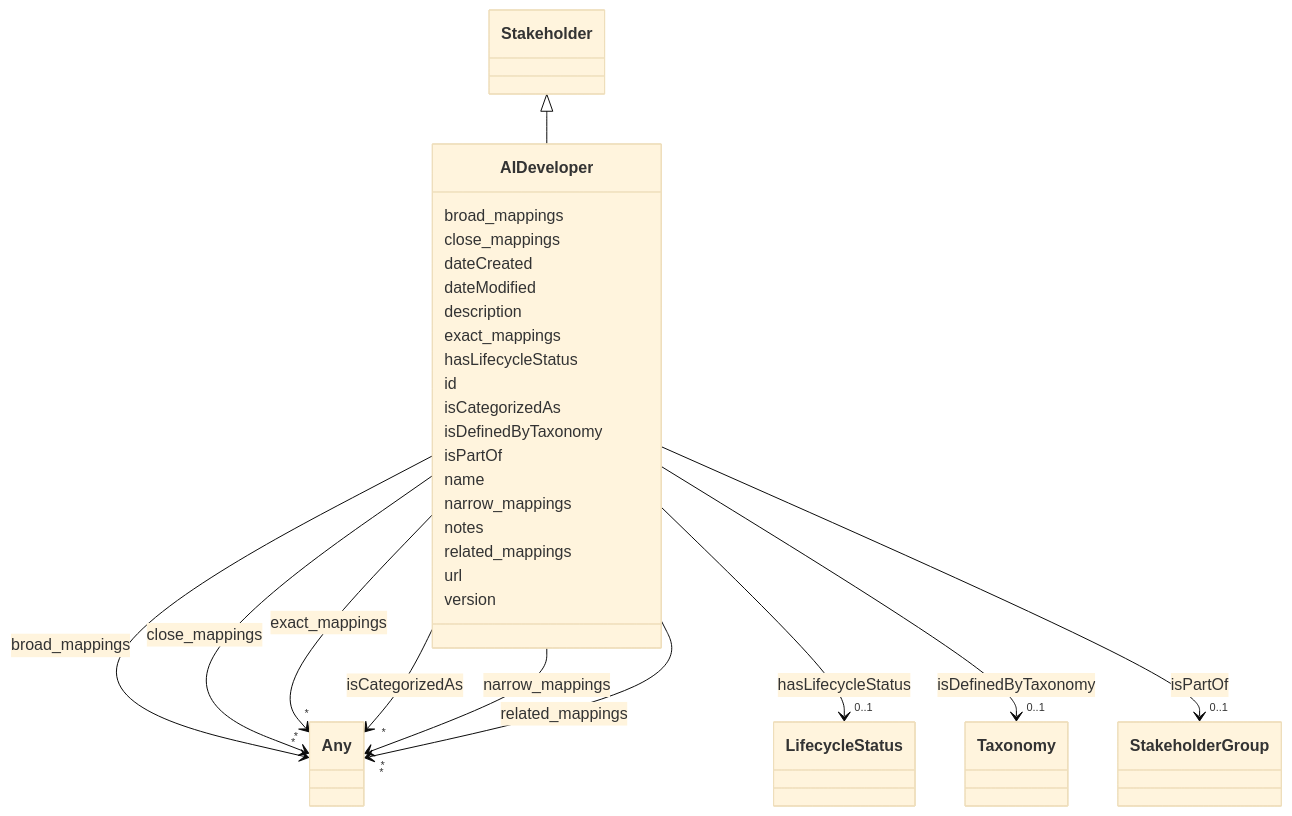
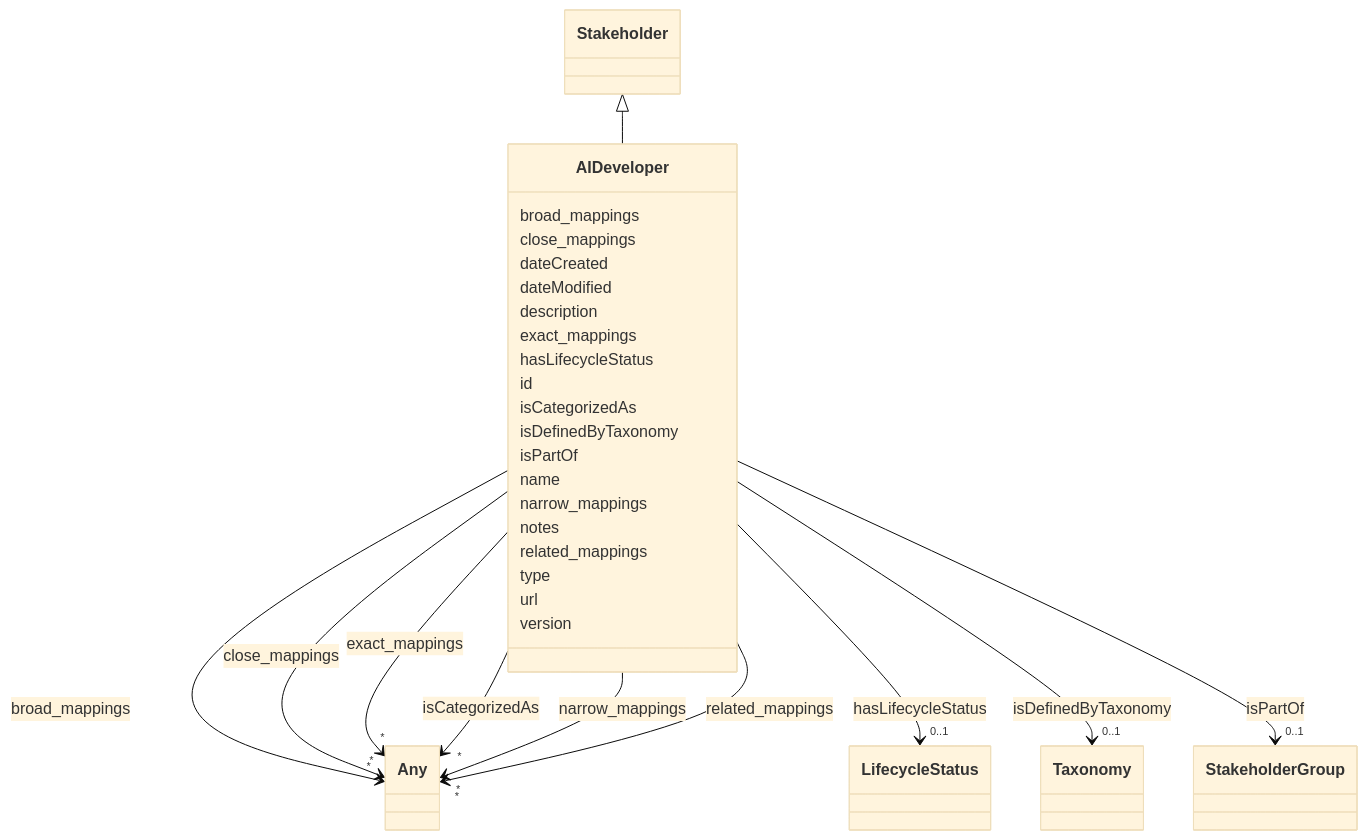
Before and after one commit to IBM/ai-atlas-nexus: the diagram in docs/ontology/AIDeveloper.md, drawn with Mermaid (base theme). The commit also changed other lines of this file and 151 other files, not shown here.

```diff
--- a/docs/ontology/AIDeveloper.md
+++ b/docs/ontology/AIDeveloper.md
@@ -129,6 +129,8 @@
 
 
 
+      AIDeveloper : type
+
       AIDeveloper : url
 
       AIDeveloper : version
```
